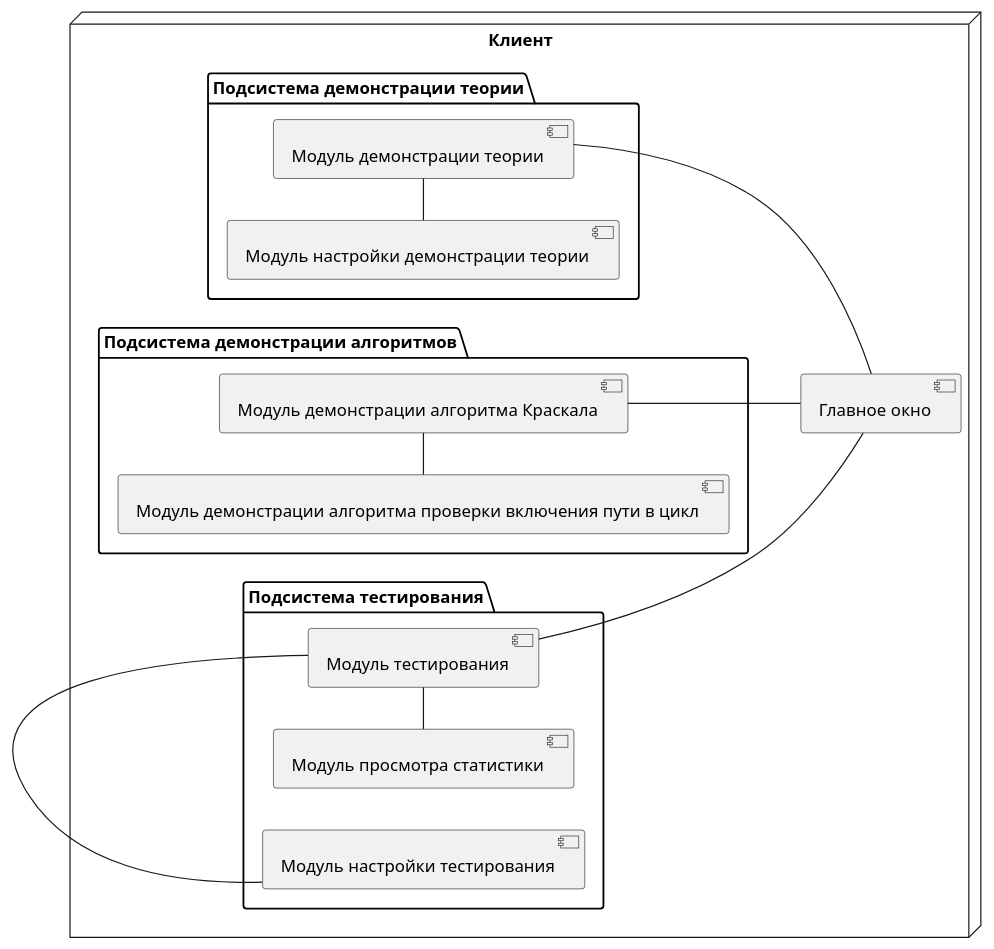
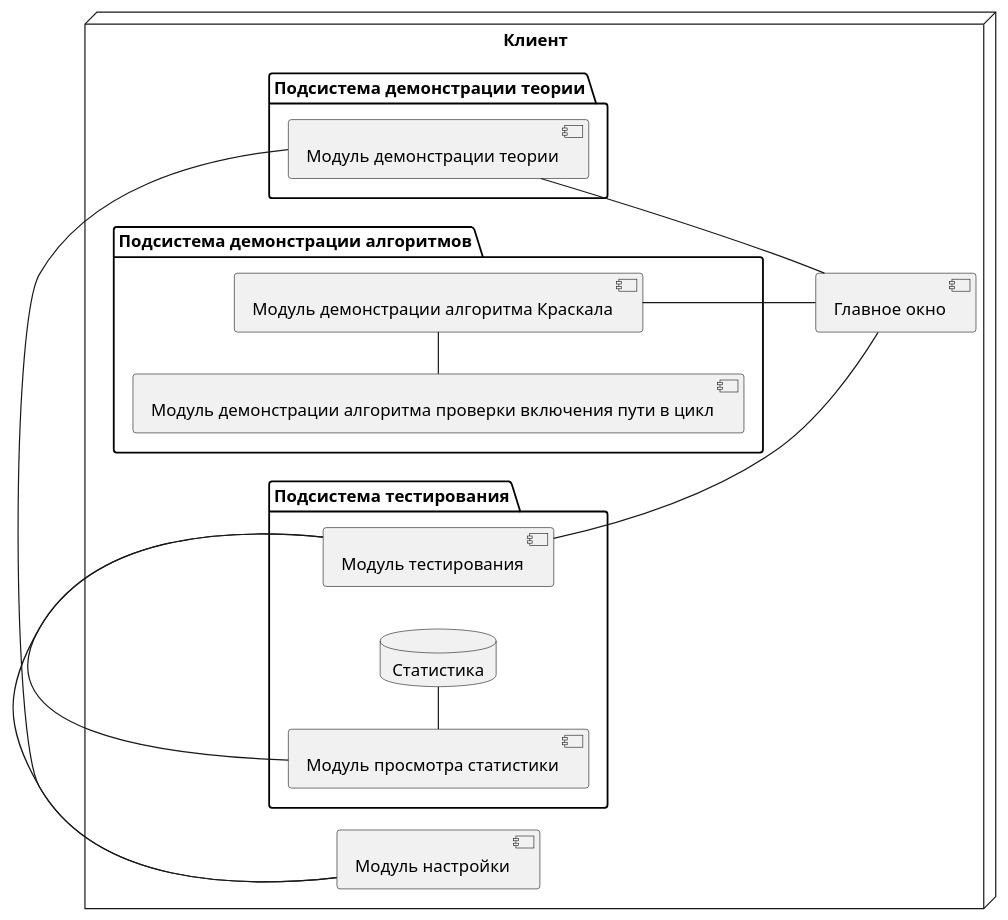
One commit to vany152/Kruskal changed the diagram in doc/component.puml. Above: the diagram before and after it, drawn with PlantUML. The commit also changed 1239 other files, not shown here.

```diff
--- a/doc/component.puml
+++ b/doc/component.puml
@@ -1,33 +1,35 @@
 @startuml
 'https://plantuml.com/component-diagram
 
 left to right direction
 
 node "Клиент" {
-  ["Главное окно"]
+  [Главное окно]
 
   package "Подсистема демонстрации теории" {
-    ["Модуль демонстрации теории"]
-    ["Модуль настройки демонстрации теории"]
+    [Модуль демонстрации теории]
   }
-  ["Модуль настройки демонстрации теории"] - ["Модуль демонстрации теории"]
-  ["Модуль демонстрации теории"] -- ["Главное окно"]
+  [Модуль настройки] - [Модуль демонстрации теории]
+  [Модуль демонстрации теории] -- [Главное окно]
 
   package "Подсистема демонстрации алгоритмов" {
-    ["Модуль демонстрации алгоритма Краскала"]
-    ["Модуль демонстрации алгоритма проверки включения пути в цикл"]
+    [Модуль демонстрации алгоритма Краскала]
+    [Модуль демонстрации алгоритма проверки включения пути в цикл]
   }
-  ["Модуль демонстрации алгоритма проверки включения пути в цикл"] - ["Модуль демонстрации алгоритма Краскала"]
-  ["Модуль демонстрации алгоритма Краскала"] -- ["Главное окно"]
+  [Модуль демонстрации алгоритма проверки включения пути в цикл] - [Модуль демонстрации алгоритма Краскала]
+  [Модуль демонстрации алгоритма Краскала] -- [Главное окно]
 
   package "Подсистема тестирования" {
-    ["Модуль тестирования"]
-    ["Модуль просмотра статистики"]
-    ["Модуль настройки тестирования"]
+    [Модуль тестирования]
+    [Модуль просмотра статистики]
+    database Статистика
   }
-  ["Модуль просмотра статистики"] - ["Модуль тестирования"]
-  ["Модуль настройки тестирования"] - ["Модуль тестирования"]
-  ["Модуль тестирования"] -- ["Главное окно"]
+  [Модуль просмотра статистики] - [Модуль тестирования]
+  [Модуль просмотра статистики] - Статистика
+  [Модуль настройки] - [Модуль тестирования]
+  [Модуль тестирования] -- [Главное окно]
+
+  [Модуль настройки]
 }
 
 @enduml
```
